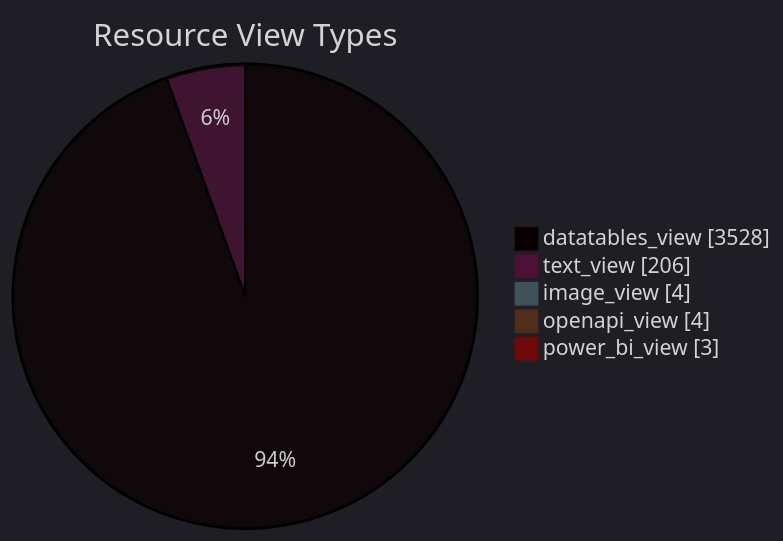
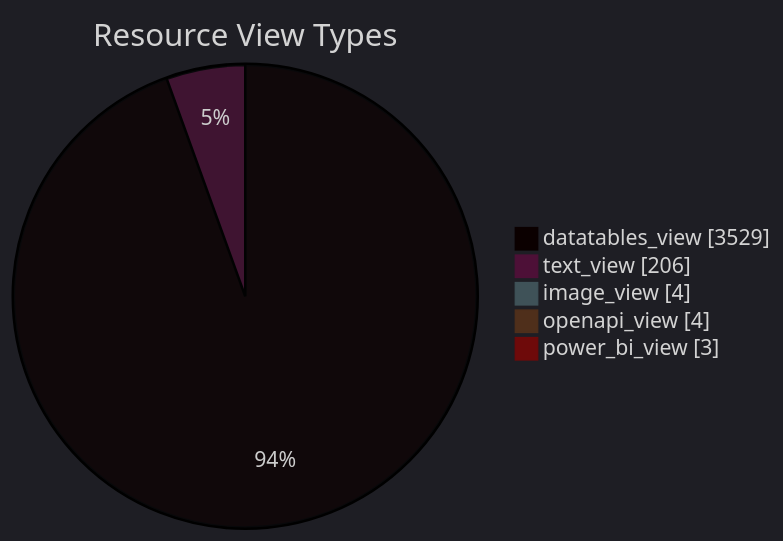
The diagram in datastore_tracker/resource_view_types_pie_chart.md (open-data/analytics-corporate-reporting), drawn with Mermaid before and after one commit. The commit also changed 9 other files, not shown here.

````diff
--- a/datastore_tracker/resource_view_types_pie_chart.md
+++ b/datastore_tracker/resource_view_types_pie_chart.md
@@ -2,12 +2,12 @@
 ```mermaid
 ---
 config:
   theme: dark
 ---
 pie showData title Resource View Types
-    "datatables_view": 3528
+    "datatables_view": 3529
     "text_view": 206
     "image_view": 4
     "openapi_view": 4
     "power_bi_view": 3
 ```
````
